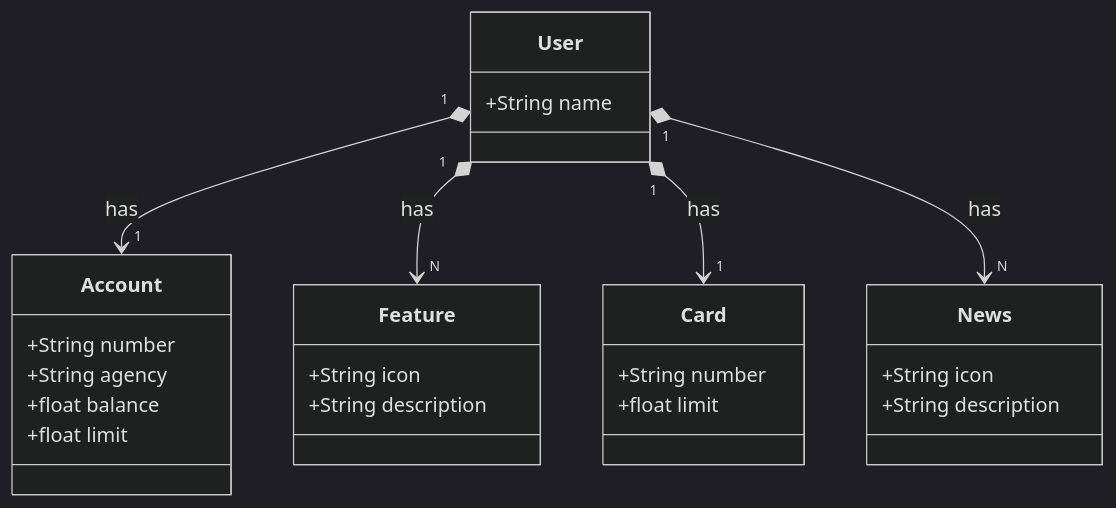
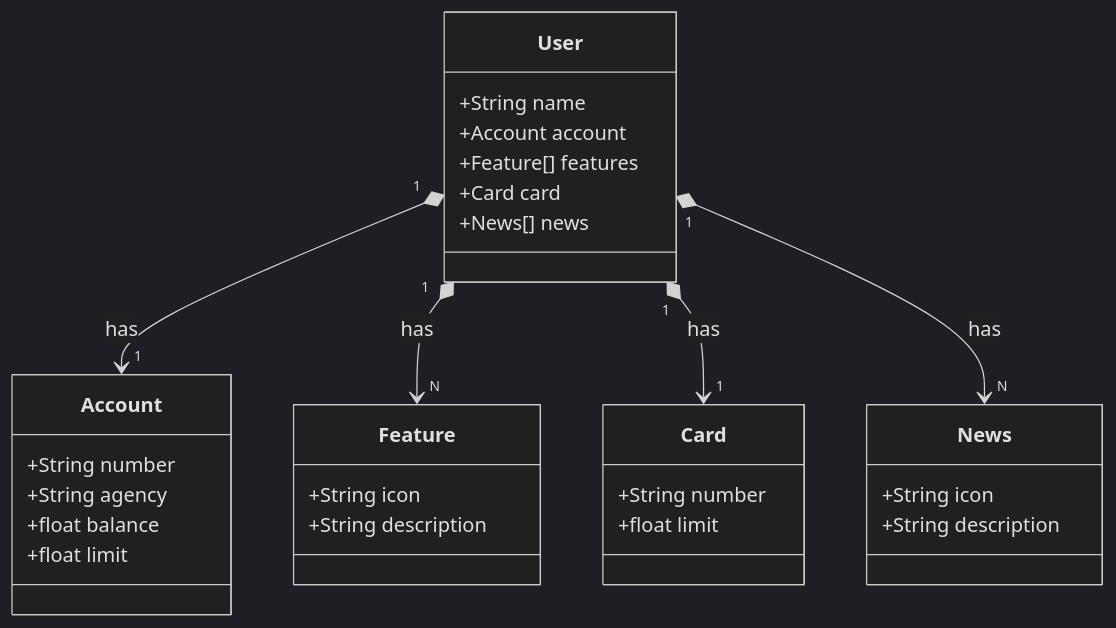
Before and after one commit to Fred-Rezende/desafio-api-rest: the diagram in README.md, drawn with Mermaid (dark theme).

````diff
--- a/README.md
+++ b/README.md
@@ -5,34 +5,38 @@
 ```mermaid
 
 classDiagram
-    class User {
-        +String name
-    }
+   class User {
+    +String name
+    +Account account
+    +Feature[] features
+    +Card card
+    +News[] news
+  }
 
     class Account {
         +String number
         +String agency
         +float balance
         +float limit
     }
 
     class Feature {
         +String icon
         +String description
     }
 
     class Card {
         +String number
         +float limit
     }
 
     class News {
         +String icon
         +String description
     }
 
     User "1" *--> "1" Account : has
     User "1" *--> "N" Feature : has
     User "1" *--> "1" Card : has
     User "1" *--> "N" News : has
 ```
````
